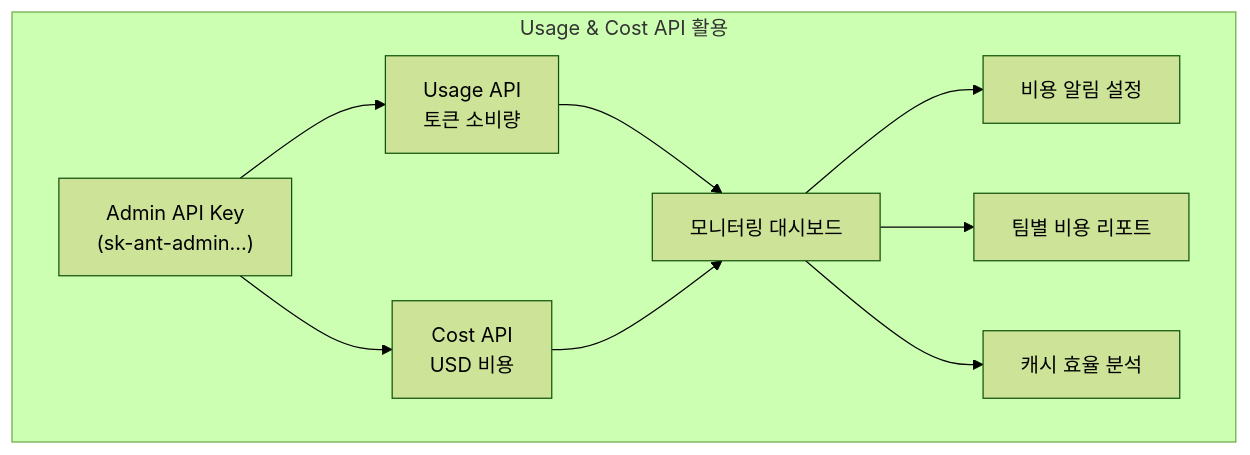
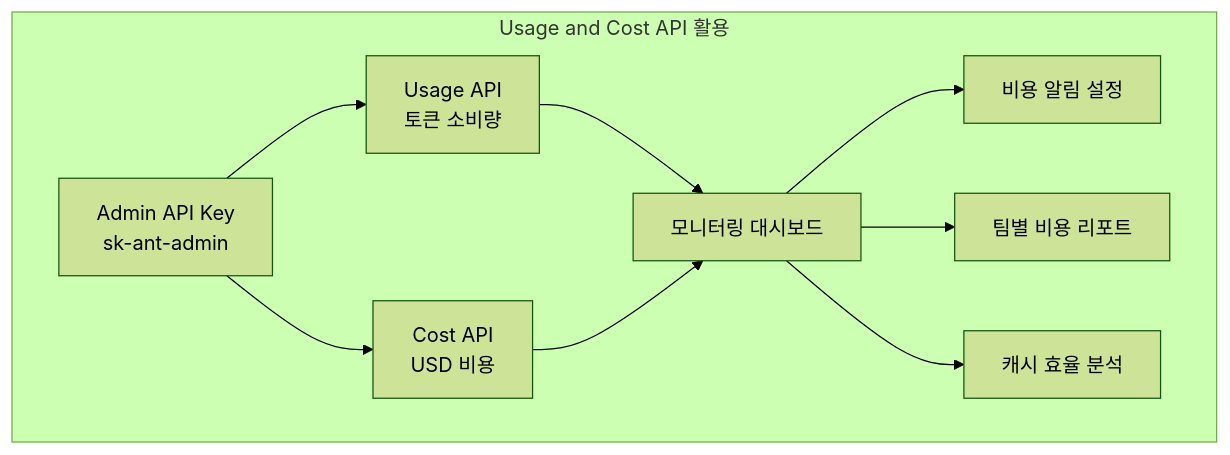
One commit to ice-ice-bear/ice-ice-bear.github.io changed the third of 3 diagrams in content/posts/2026-03-03-claude-code-token-optimization.md. Above: the diagram before and after it, drawn with Mermaid (forest theme). The commit also changed other lines of this file and 1 other file, not shown here.

First line of the commit message:
Fix mermaid rendering: remove emojis and bidirectional arrows

````diff
--- a/content/posts/2026-03-03-claude-code-token-optimization.md
+++ b/content/posts/2026-03-03-claude-code-token-optimization.md
@@ -197,14 +197,14 @@
 ```mermaid
 graph TD
-    subgraph "Usage & Cost API 활용"
-        AdminKey["Admin API Key<br/>(sk-ant-admin...)"] --> UsageAPI["Usage API<br/>토큰 소비량"]
+    subgraph "Usage and Cost API 활용"
+        AdminKey["Admin API Key<br/>sk-ant-admin"] --> UsageAPI["Usage API<br/>토큰 소비량"]
         AdminKey --> CostAPI["Cost API<br/>USD 비용"]
 
         UsageAPI --> Dashboard["모니터링 대시보드"]
         CostAPI --> Dashboard
 
         Dashboard --> Alert["비용 알림 설정"]
         Dashboard --> Report["팀별 비용 리포트"]
         Dashboard --> Optimize["캐시 효율 분석"]
     end
 ```
````
